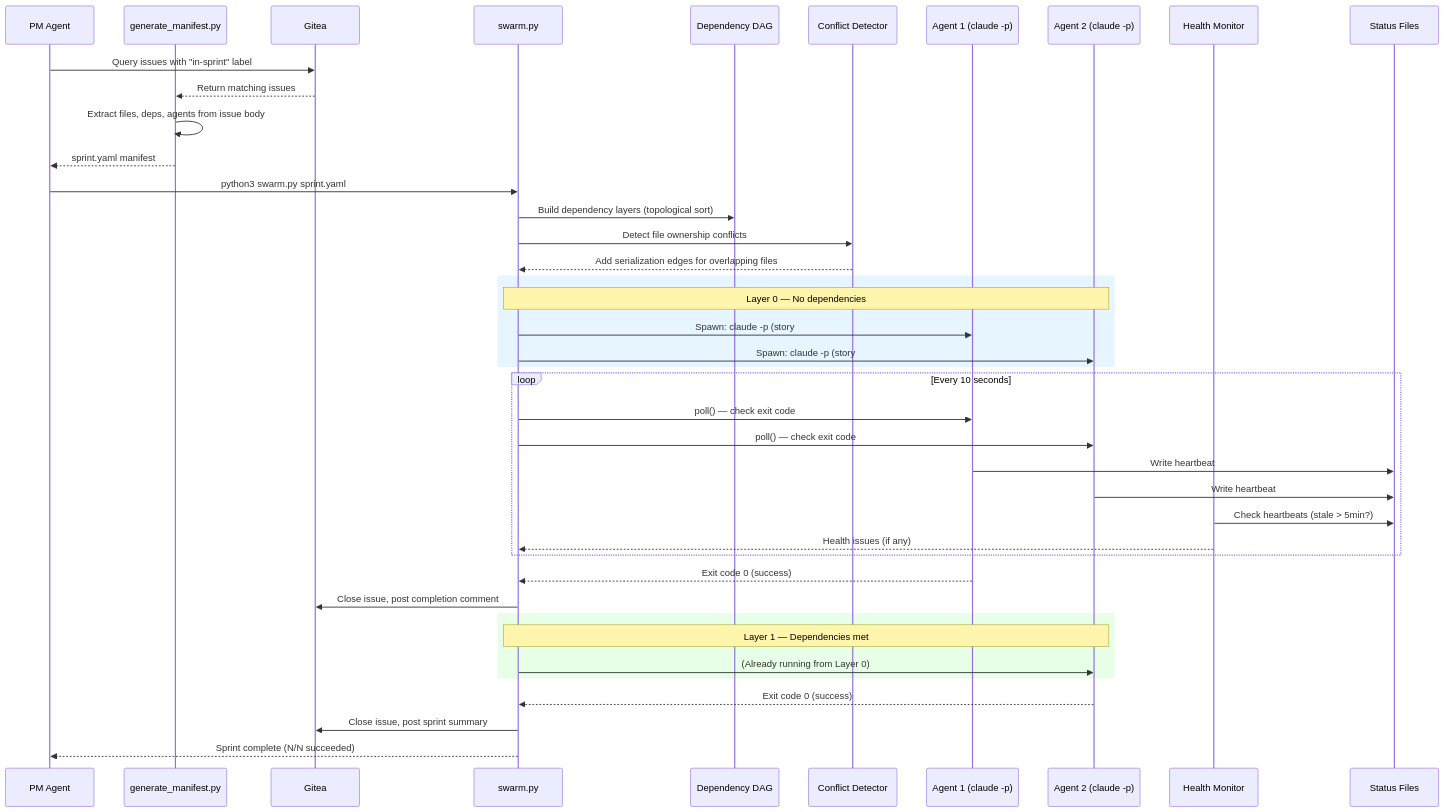
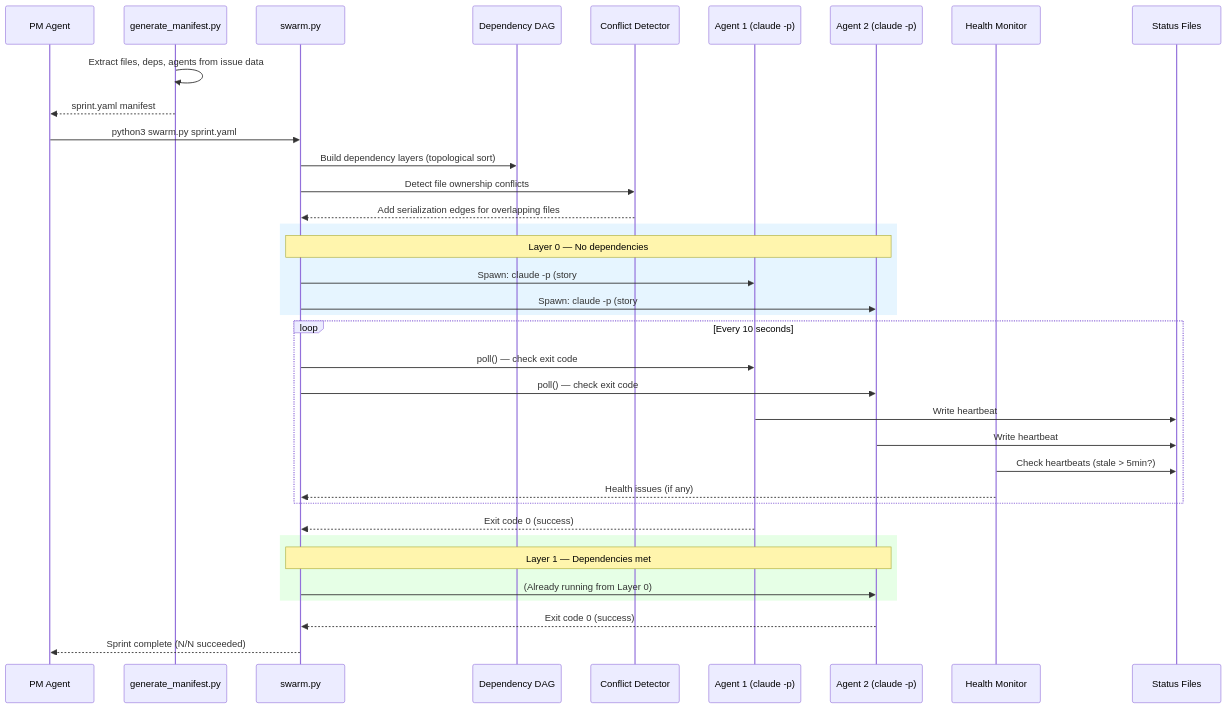
One commit to WastelandWares/wasteland-orchestrator changed the second of 7 diagrams in README.md. Above: the diagram before and after it, drawn with Mermaid. The commit also changed other lines of this file and 14 other files, not shown here.

````diff
--- a/README.md
+++ b/README.md
@@ -86,51 +81,46 @@
 ```mermaid
 sequenceDiagram
     participant PM as PM Agent
     participant GEN as generate_manifest.py
-    participant GIT as Gitea
     participant SW as swarm.py
     participant DAG as Dependency DAG
     participant CF as Conflict Detector
     participant AG1 as Agent 1 (claude -p)
     participant AG2 as Agent 2 (claude -p)
     participant MON as Health Monitor
     participant SF as Status Files
 
-    PM->>GIT: Query issues with "in-sprint" label
-    GIT-->>GEN: Return matching issues
-    GEN->>GEN: Extract files, deps, agents from issue body
+    GEN->>GEN: Extract files, deps, agents from issue data
     GEN-->>PM: sprint.yaml manifest
 
     PM->>SW: python3 swarm.py sprint.yaml
 
     SW->>DAG: Build dependency layers (topological sort)
     SW->>CF: Detect file ownership conflicts
     CF-->>SW: Add serialization edges for overlapping files
 
     rect rgb(230, 245, 255)
         Note over SW,AG2: Layer 0 — No dependencies
         SW->>AG1: Spawn: claude -p (story #A)
         SW->>AG2: Spawn: claude -p (story #B)
     end
 
     loop Every 10 seconds
         SW->>AG1: poll() — check exit code
         SW->>AG2: poll() — check exit code
         AG1->>SF: Write heartbeat
         AG2->>SF: Write heartbeat
         MON->>SF: Check heartbeats (stale > 5min?)
         MON-->>SW: Health issues (if any)
     end
 
     AG1-->>SW: Exit code 0 (success)
-    SW->>GIT: Close issue, post completion comment
 
     rect rgb(230, 255, 230)
         Note over SW,AG2: Layer 1 — Dependencies met
         SW->>AG2: (Already running from Layer 0)
     end
 
     AG2-->>SW: Exit code 0 (success)
-    SW->>GIT: Close issue, post sprint summary
     SW-->>PM: Sprint complete (N/N succeeded)
 ```
````
